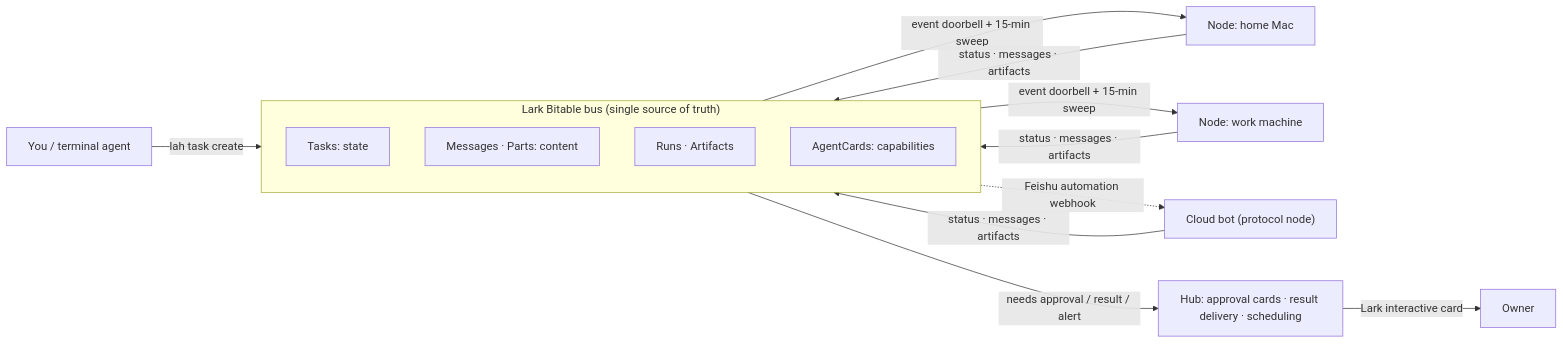
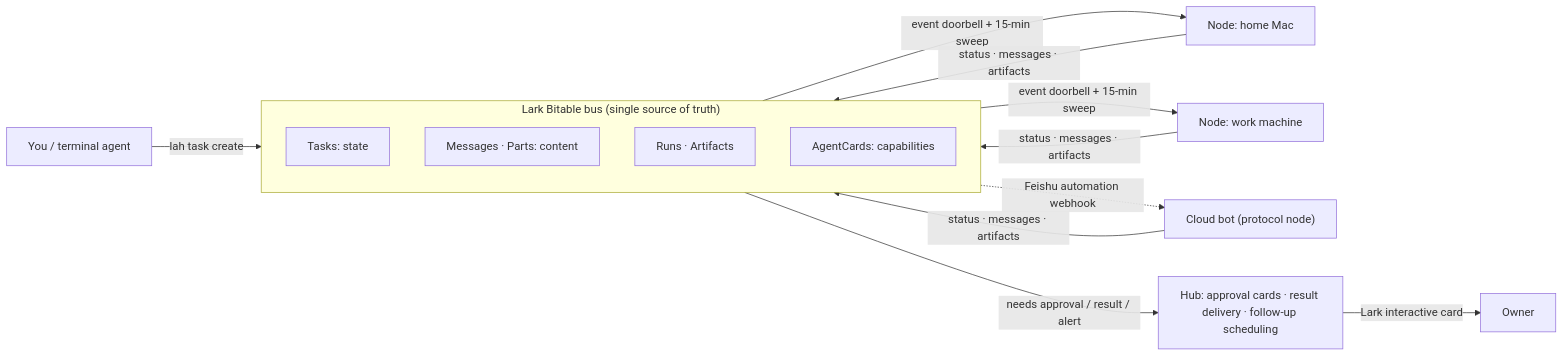
One commit to backtomyfuture/lark-a2a-hub changed the first of 2 diagrams in README.en.md. Above: the diagram before and after it, drawn with Mermaid. The commit also changed other lines of this file and 35 other files, not shown here.

````diff
--- a/README.en.md
+++ b/README.en.md
@@ -49,17 +49,17 @@
 ```mermaid
 flowchart LR
     OP["You / terminal agent"] -->|"lah task create"| BUS
     subgraph BUS["Lark Bitable bus (single source of truth)"]
         direction TB
         T["Tasks: state"]
         M["Messages · Parts: content"]
         R["Runs · Artifacts"]
         C["AgentCards: capabilities"]
     end
     BUS -->|"event doorbell + 15-min sweep"| N1["Node: home Mac"]
     BUS -->|"event doorbell + 15-min sweep"| N2["Node: work machine"]
     BUS -.->|"Feishu automation webhook"| N3["Cloud bot (protocol node)"]
     N1 & N2 & N3 -->|"status · messages · artifacts"| BUS
-    BUS -->|"needs approval / result / alert"| HUB["Hub: approval cards · result delivery · scheduling"]
+    BUS -->|"needs approval / result / alert"| HUB["Hub: approval cards · result delivery · follow-up scheduling"]
     HUB -->|"Lark interactive card"| OWNER["Owner"]
 ```
````
